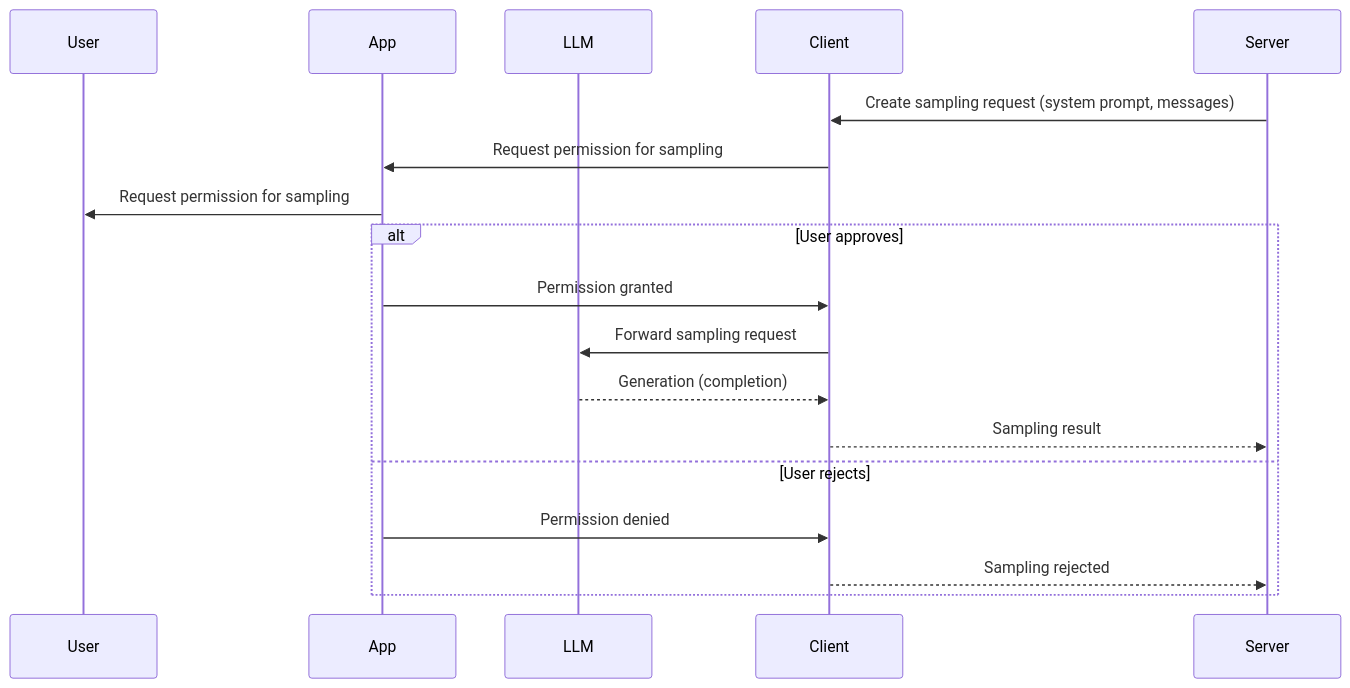
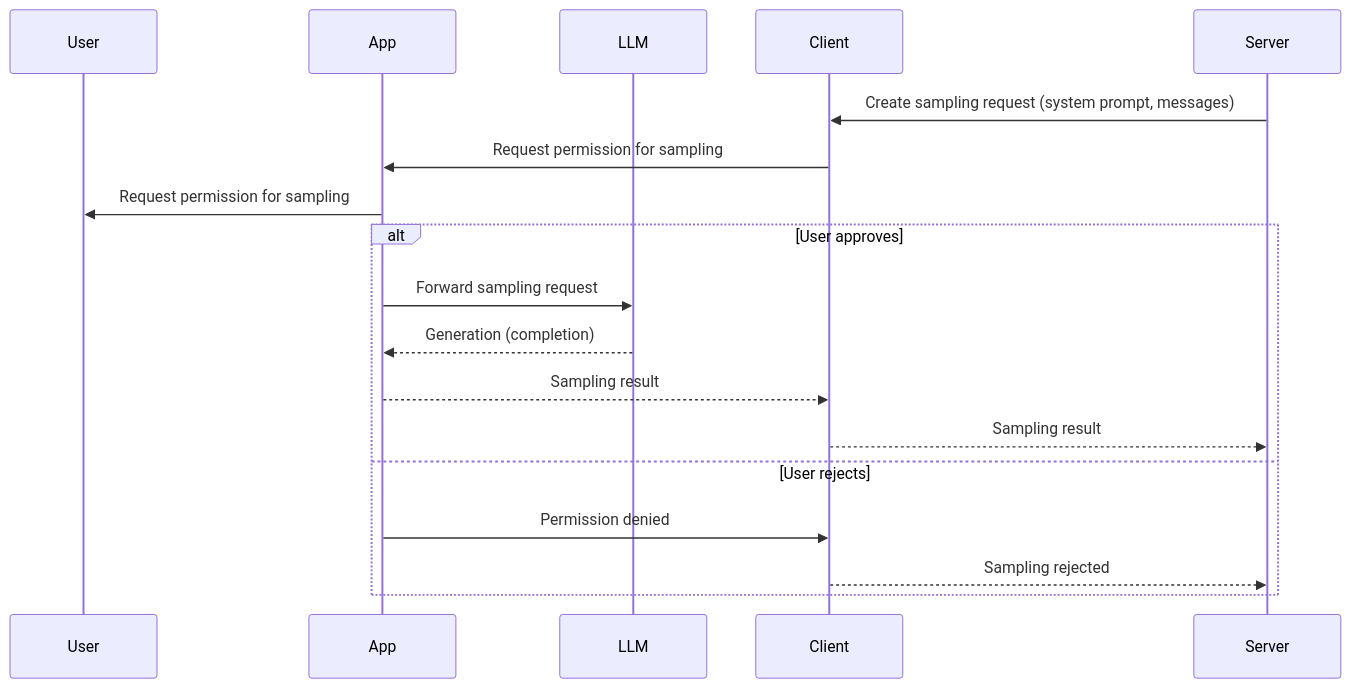
One commit to rubenpenap/mcp-fundamentals changed the diagram in exercises/05.sampling/README.mdx. Above: the diagram before and after it, drawn with Mermaid. The commit also changed 1 other file, not shown here.

Commit message:
improve diagrams

````diff
--- a/exercises/05.sampling/README.mdx
+++ b/exercises/05.sampling/README.mdx
@@ -28,20 +28,20 @@
 ```mermaid
 sequenceDiagram
 	participant User
 	participant App
 	participant LLM
 	participant Client
 	participant Server
 	Server->>Client: Create sampling request (system prompt, messages)
 	Client->>App: Request permission for sampling
 	App->>User: Request permission for sampling
 	alt User approves
-		App->>Client: Permission granted
-		Client->>LLM: Forward sampling request
-		LLM-->>Client: Generation (completion)
+		App->>LLM: Forward sampling request
+		LLM-->>App: Generation (completion)
+		App-->>Client: Sampling result
 		Client-->>Server: Sampling result
 	else User rejects
 		App->>Client: Permission denied
 		Client-->>Server: Sampling rejected
 	end
 ```
````
